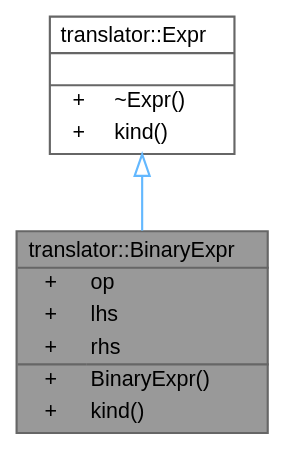
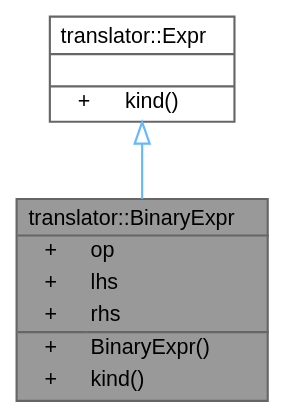
Before and after one commit to mustafayldrnn/cen207-2025-2026-5-Mustafa-Yildirimm-cpp: the diagram in docs/doxygenlibwin/rtf/structtranslator_1_1_binary_expr__coll__graph.dot, drawn with Graphviz. The commit also changed 1511 other files, not shown here.

```diff
--- a/docs/doxygenlibwin/rtf/structtranslator_1_1_binary_expr__coll__graph.dot
+++ b/docs/doxygenlibwin/rtf/structtranslator_1_1_binary_expr__coll__graph.dot
@@ -1,27 +1,26 @@
 digraph "translator::BinaryExpr"
 {
  // INTERACTIVE_SVG=YES
  // LATEX_PDF_SIZE
   bgcolor="transparent";
   edge [fontname=Helvetica,fontsize=10,labelfontname=Helvetica,labelfontsize=10];
   node [fontname=Helvetica,fontsize=10,shape=box,height=0.2,width=0.4];
   Node1 [id="Node000001",shape=plain,label=<<TABLE CELLBORDER="0" BORDER="1"><TR><TD COLSPAN="2" CELLPADDING="1" CELLSPACING="0">translator::BinaryExpr</TD></TR>
 <HR/>
 <TR><TD VALIGN="top" CELLPADDING="1" CELLSPACING="0">+</TD><TD VALIGN="top" ALIGN="LEFT" CELLPADDING="1" CELLSPACING="0">op<BR ALIGN="LEFT"/></TD></TR>
 <TR><TD VALIGN="top" CELLPADDING="1" CELLSPACING="0">+</TD><TD VALIGN="top" ALIGN="LEFT" CELLPADDING="1" CELLSPACING="0">lhs<BR ALIGN="LEFT"/></TD></TR>
 <TR><TD VALIGN="top" CELLPADDING="1" CELLSPACING="0">+</TD><TD VALIGN="top" ALIGN="LEFT" CELLPADDING="1" CELLSPACING="0">rhs<BR ALIGN="LEFT"/></TD></TR>
 <HR/>
 <TR><TD VALIGN="top" CELLPADDING="1" CELLSPACING="0">+</TD><TD VALIGN="top" ALIGN="LEFT" CELLPADDING="1" CELLSPACING="0">BinaryExpr()<BR ALIGN="LEFT"/></TD></TR>
 <TR><TD VALIGN="top" CELLPADDING="1" CELLSPACING="0">+</TD><TD VALIGN="top" ALIGN="LEFT" CELLPADDING="1" CELLSPACING="0">kind()<BR ALIGN="LEFT"/></TD></TR>
 </TABLE>>
-,height=0.2,width=0.4,color="gray40", fillcolor="grey60", style="filled", fontcolor="black",tooltip=" "];
+,height=0.2,width=0.4,color="gray40", fillcolor="grey60", style="filled", fontcolor="black",tooltip="İkili işlem ifadesi."];
   Node2 -> Node1 [id="edge3_Node000001_Node000002",dir="back",color="steelblue1",style="solid",tooltip=" ",arrowtail="onormal"];
   Node2 [id="Node000002",shape=plain,label=<<TABLE CELLBORDER="0" BORDER="1"><TR><TD COLSPAN="2" CELLPADDING="1" CELLSPACING="0">translator::Expr</TD></TR>
 <HR/>
 <TR><TD COLSPAN="2" CELLPADDING="1" CELLSPACING="0">&nbsp;</TD></TR>
 <HR/>
-<TR><TD VALIGN="top" CELLPADDING="1" CELLSPACING="0">+</TD><TD VALIGN="top" ALIGN="LEFT" CELLPADDING="1" CELLSPACING="0">~Expr()<BR ALIGN="LEFT"/></TD></TR>
 <TR><TD VALIGN="top" CELLPADDING="1" CELLSPACING="0">+</TD><TD VALIGN="top" ALIGN="LEFT" CELLPADDING="1" CELLSPACING="0">kind()<BR ALIGN="LEFT"/></TD></TR>
 </TABLE>>
-,height=0.2,width=0.4,color="gray40", fillcolor="white", style="filled",URL="$structtranslator_1_1_expr.html",tooltip=" "];
+,height=0.2,width=0.4,color="gray40", fillcolor="white", style="filled",URL="$structtranslator_1_1_expr.html",tooltip="Tüm ifade türleri için taban tür."];
 }
```
